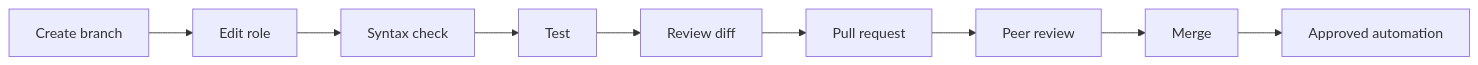
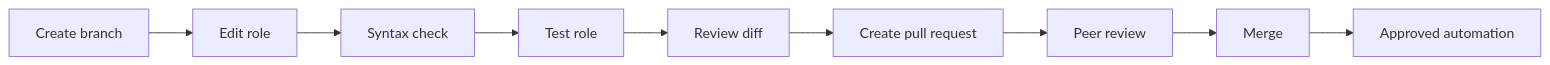
The fifth of 5 diagrams in module06/roles-and-code-first.md (Ansible-workshop-ch/bootcamp), drawn with Mermaid before and after one commit. The commit also changed other lines of this file, not shown here.

````diff
--- a/module06/roles-and-code-first.md
+++ b/module06/roles-and-code-first.md
@@ -1519,11 +1633,11 @@
 ```mermaid
 flowchart LR
     C[Create branch] --> E[Edit role]
     E --> S[Syntax check]
-    S --> T[Test]
+    S --> T[Test role]
     T --> D[Review diff]
-    D --> PR[Pull request]
+    D --> PR[Create pull request]
     PR --> R[Peer review]
     R --> M[Merge]
     M --> A[Approved automation]
 ```
````
